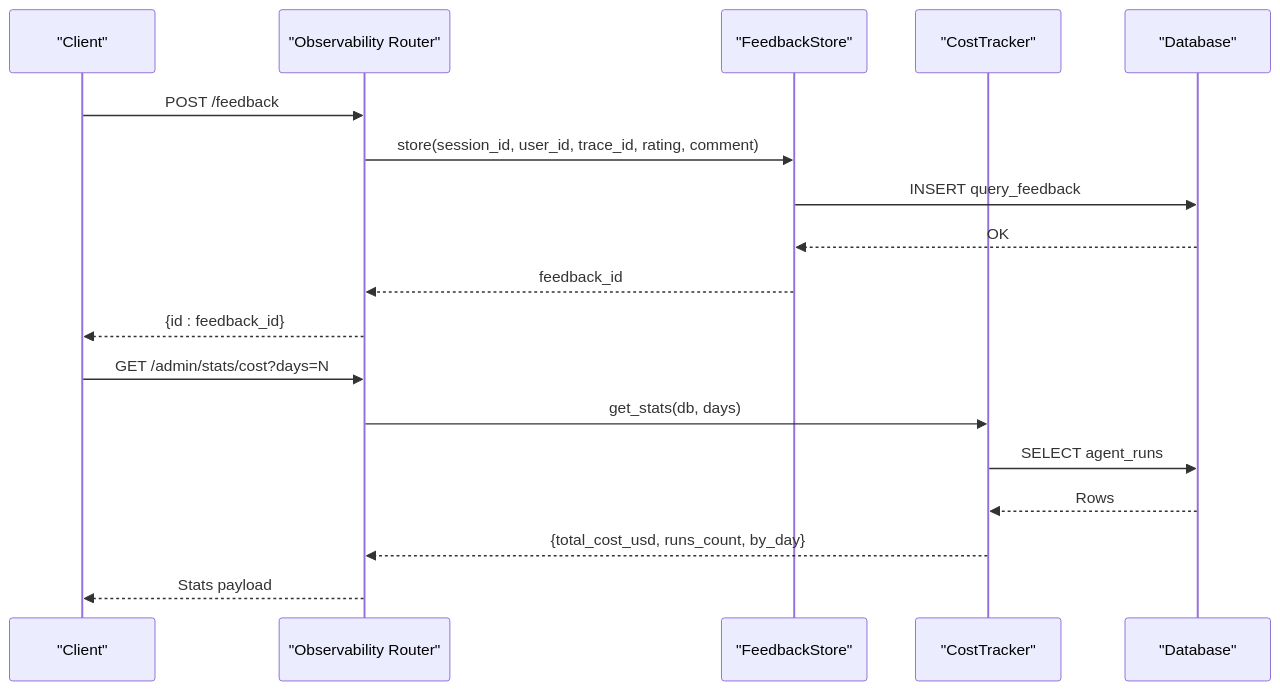
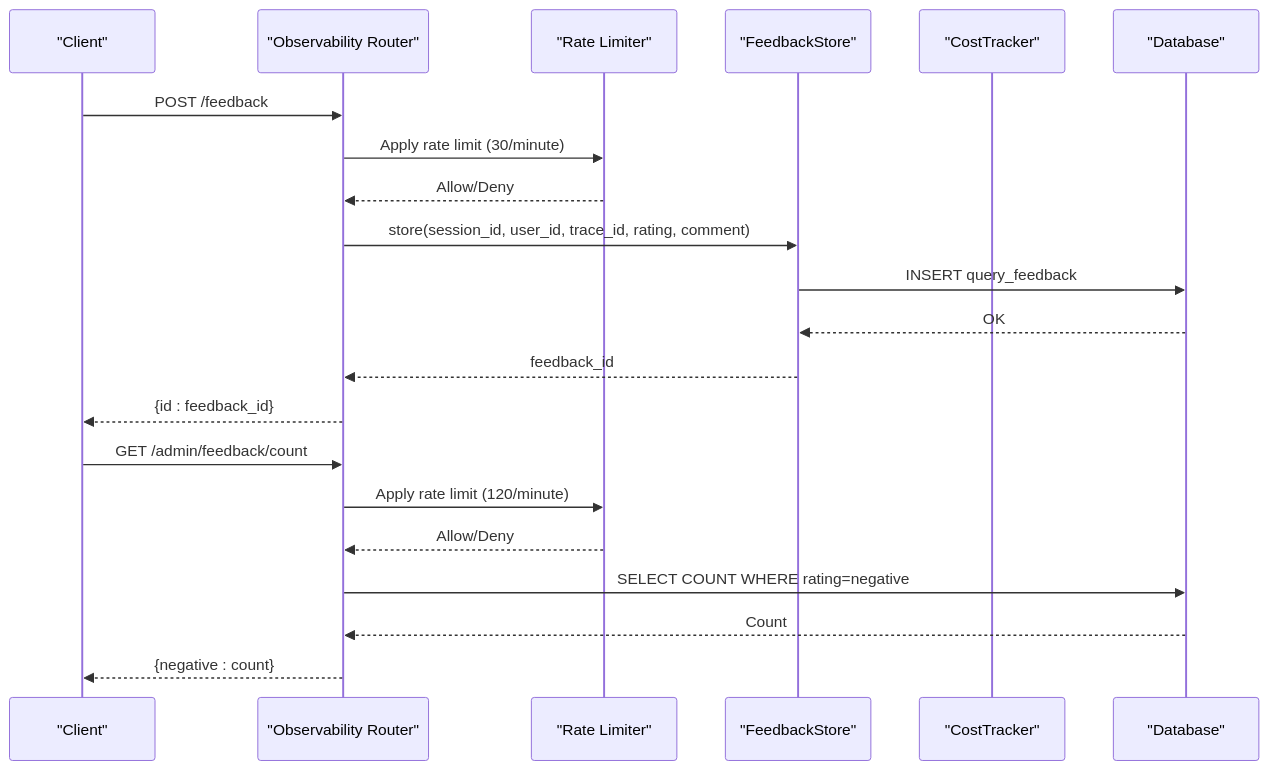
One commit to genes8/private-ai changed the second of 4 diagrams in .qoder/repowiki/en/content/API Reference/Observability API.md. Above: the diagram before and after it, drawn with Mermaid. The commit also changed other lines of this file and 12 other files, not shown here.

````diff
--- a/.qoder/repowiki/en/content/API Reference/Observability API.md
+++ b/.qoder/repowiki/en/content/API Reference/Observability API.md
@@ -103,20 +125,23 @@
 ```mermaid
 sequenceDiagram
 participant Client as "Client"
 participant API as "Observability Router"
+participant Limiter as "Rate Limiter"
 participant Store as "FeedbackStore"
 participant Tracker as "CostTracker"
 participant DB as "Database"
 Client->>API : POST /feedback
+API->>Limiter : Apply rate limit (30/minute)
+Limiter-->>API : Allow/Deny
 API->>Store : store(session_id, user_id, trace_id, rating, comment)
 Store->>DB : INSERT query_feedback
 DB-->>Store : OK
 Store-->>API : feedback_id
 API-->>Client : {id : feedback_id}
-Client->>API : GET /admin/stats/cost?days=N
-API->>Tracker : get_stats(db, days)
-Tracker->>DB : SELECT agent_runs
-DB-->>Tracker : Rows
-Tracker-->>API : {total_cost_usd, runs_count, by_day}
-API-->>Client : Stats payload
+Client->>API : GET /admin/feedback/count
+API->>Limiter : Apply rate limit (120/minute)
+Limiter-->>API : Allow/Deny
+API->>DB : SELECT COUNT WHERE rating=negative
+DB-->>API : Count
+API-->>Client : {negative : count}
 ```
````
